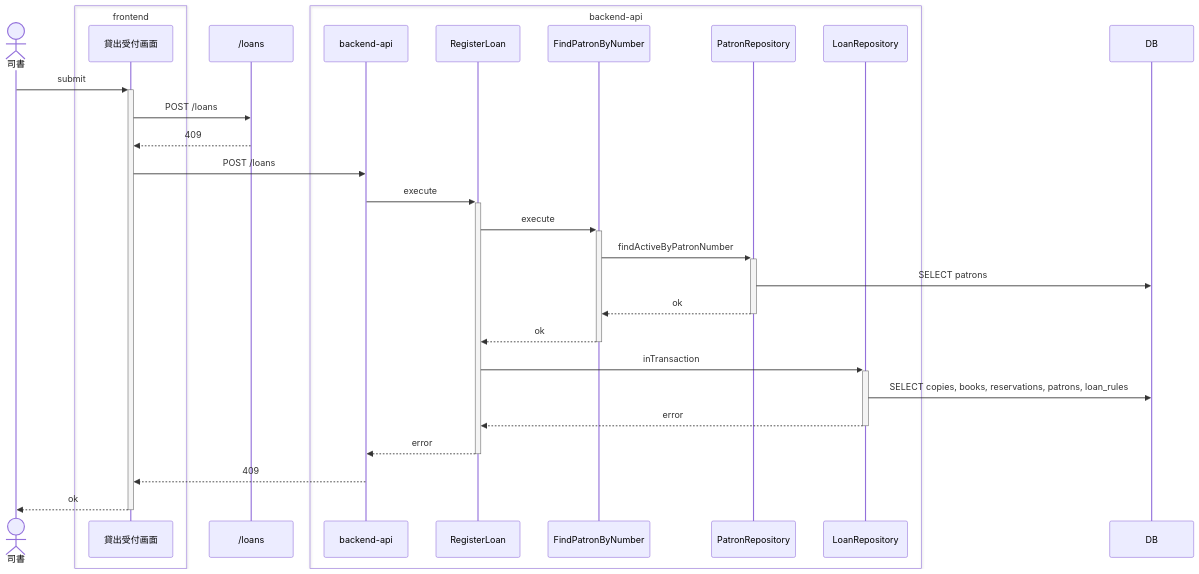
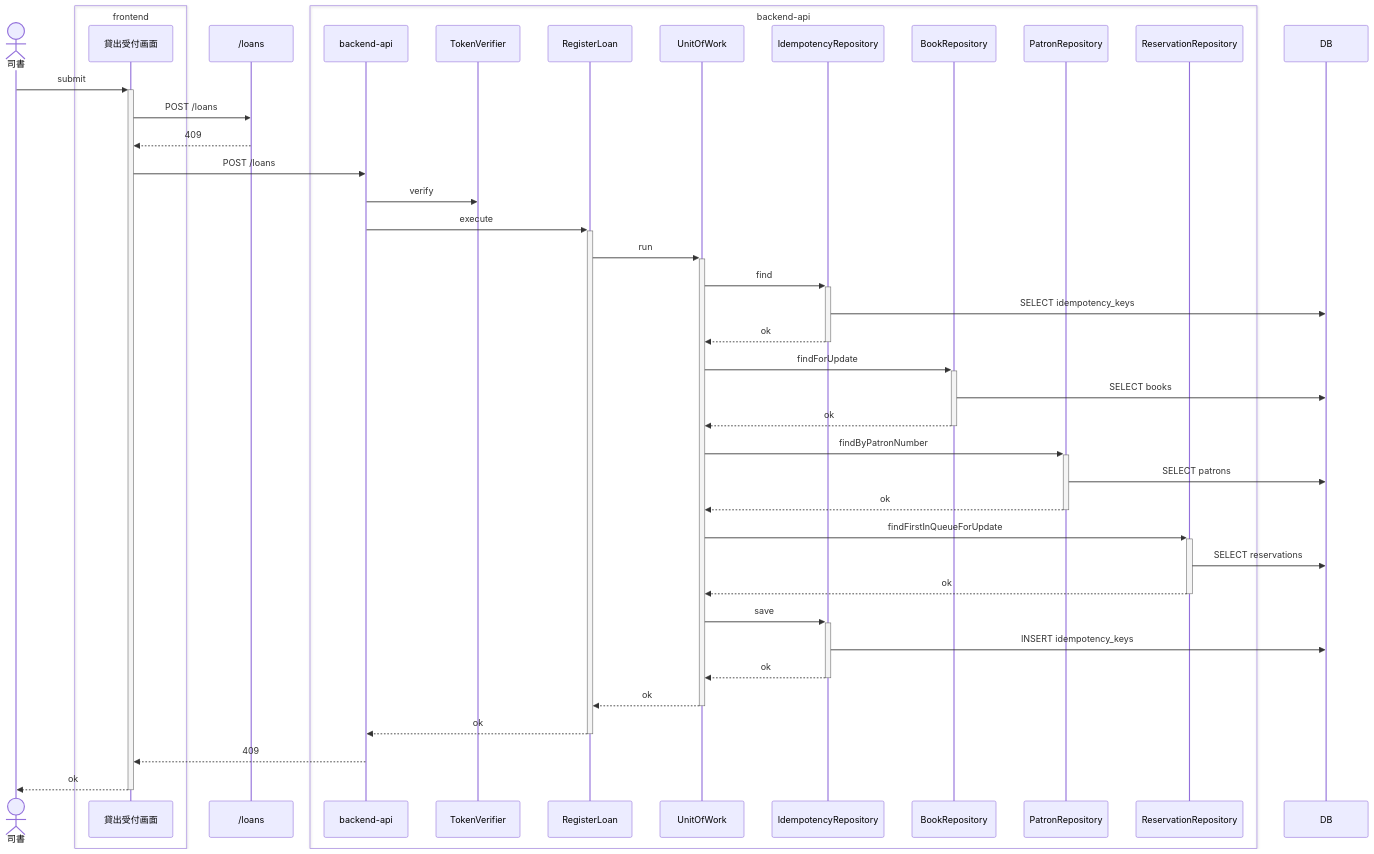
Before and after one commit to suwa-sh/suwa-sh-claude-plugins: the first of 6 diagrams in samples/distillery2/library-loan/docs/as-built/貸出業務/貸出を登録する/sequence.md, drawn with Mermaid. The commit also changed other lines of this file and 249 other files, not shown here.

````diff
--- a/samples/distillery2/library-loan/docs/as-built/貸出業務/貸出を登録する/sequence.md
+++ b/samples/distillery2/library-loan/docs/as-built/貸出業務/貸出を登録する/sequence.md
@@ -9,32 +9,45 @@
 ```mermaid
 sequenceDiagram
     actor p0 as 司書
     box transparent frontend
         participant p1 as 貸出受付画面
     end
     participant p2 as /loans
     box transparent backend-api
         participant p3 as backend-api
-        participant p4 as RegisterLoan
-        participant p5 as FindPatronByNumber
-        participant p6 as PatronRepository
-        participant p8 as LoanRepository
+        participant p4 as TokenVerifier
+        participant p5 as RegisterLoan
+        participant p6 as UnitOfWork
+        participant p7 as IdempotencyRepository
+        participant p9 as BookRepository
+        participant p10 as PatronRepository
+        participant p11 as ReservationRepository
     end
-    participant p7 as DB
+    participant p8 as DB
     p0->>+p1: submit
     p1->>p2: POST /loans
     p2-->>p1: 409
     p1->>p3: POST /loans
-    p3->>+p4: execute
-    p4->>+p5: execute
-    p5->>+p6: findActiveByPatronNumber
-    p6->>p7: SELECT patrons
+    p3->>p4: verify
+    p3->>+p5: execute
+    p5->>+p6: run
+    p6->>+p7: find
+    p7->>p8: SELECT idempotency_keys
+    p7-->>-p6: ok
+    p6->>+p9: findForUpdate
+    p9->>p8: SELECT books
+    p9-->>-p6: ok
+    p6->>+p10: findByPatronNumber
+    p10->>p8: SELECT patrons
+    p10-->>-p6: ok
+    p6->>+p11: findFirstInQueueForUpdate
+    p11->>p8: SELECT reservations
+    p11-->>-p6: ok
+    p6->>+p7: save
+    p7->>p8: INSERT idempotency_keys
+    p7-->>-p6: ok
     p6-->>-p5: ok
-    p5-->>-p4: ok
-    p4->>+p8: inTransaction
-    p8->>p7: SELECT copies, books, reservations, patrons, loan_rules
-    p8-->>-p4: error
-    p4-->>-p3: error
+    p5-->>-p3: ok
     p3-->>p1: 409
     p1-->>-p0: ok
 ```
````
